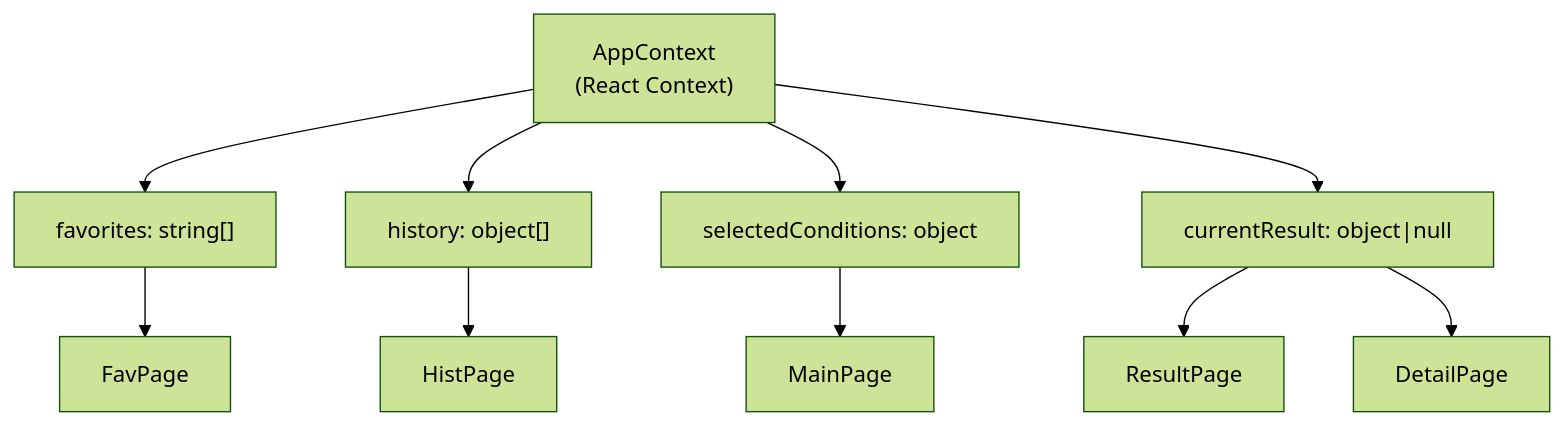
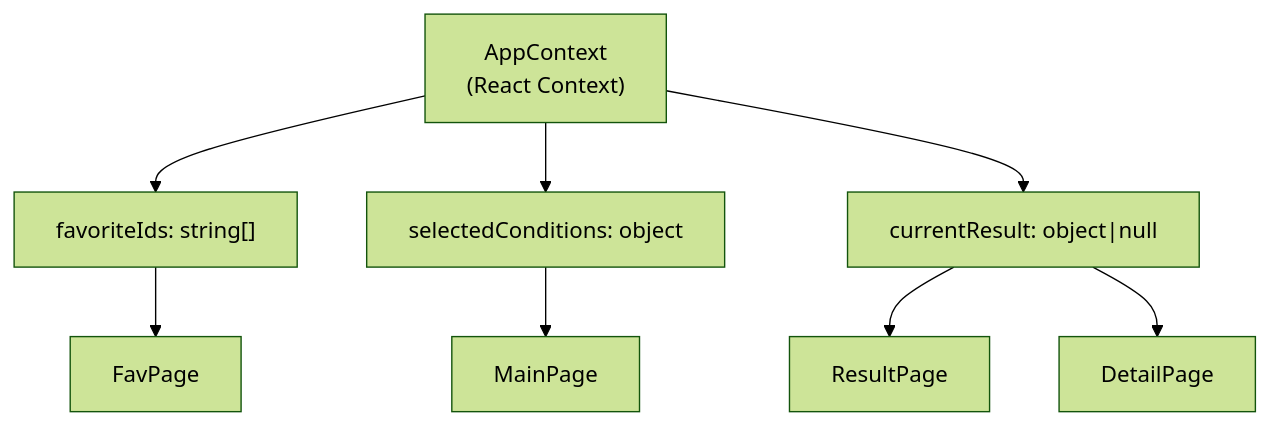
One commit to yellow-pang/RWR-mini-project changed the fourth of 6 diagrams in docs/07-tech-stack.md. Above: the diagram before and after it, drawn with Mermaid (forest theme). The commit also changed other lines of this file and 3 other files, not shown here.

````diff
--- a/docs/07-tech-stack.md
+++ b/docs/07-tech-stack.md
@@ -201,13 +290,11 @@
 ```mermaid
 graph TD
-    AppContext["AppContext\n(React Context)"] --> FavList["favorites: string[]"]
-    AppContext --> HistList["history: object[]"]
+    AppContext["AppContext\n(React Context)"] --> FavList["favoriteIds: string[]"]
     AppContext --> SelCond["selectedConditions: object"]
     AppContext --> CurResult["currentResult: object|null"]
 
     FavList --> FavPage
-    HistList --> HistPage
     SelCond --> MainPage
     CurResult --> ResultPage
     CurResult --> DetailPage
 ```
````
